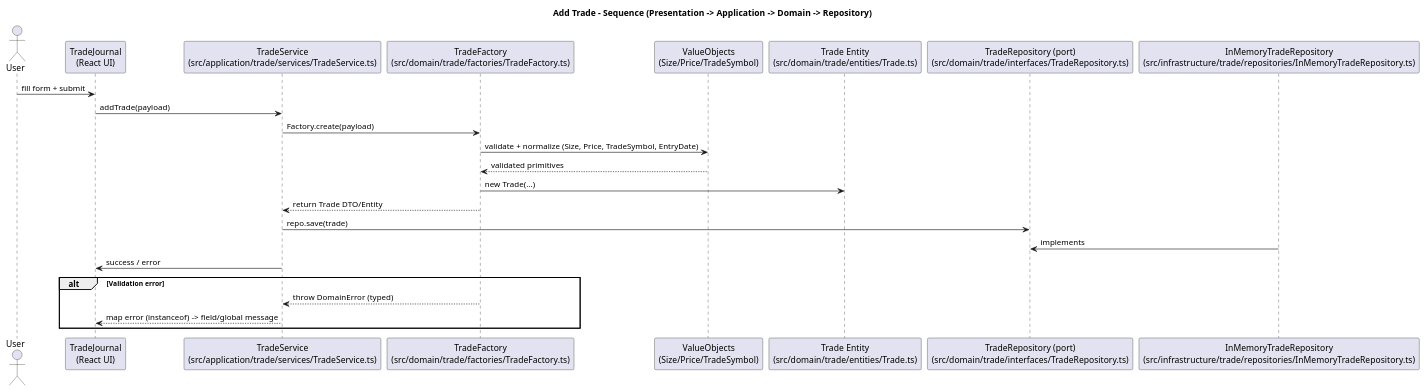
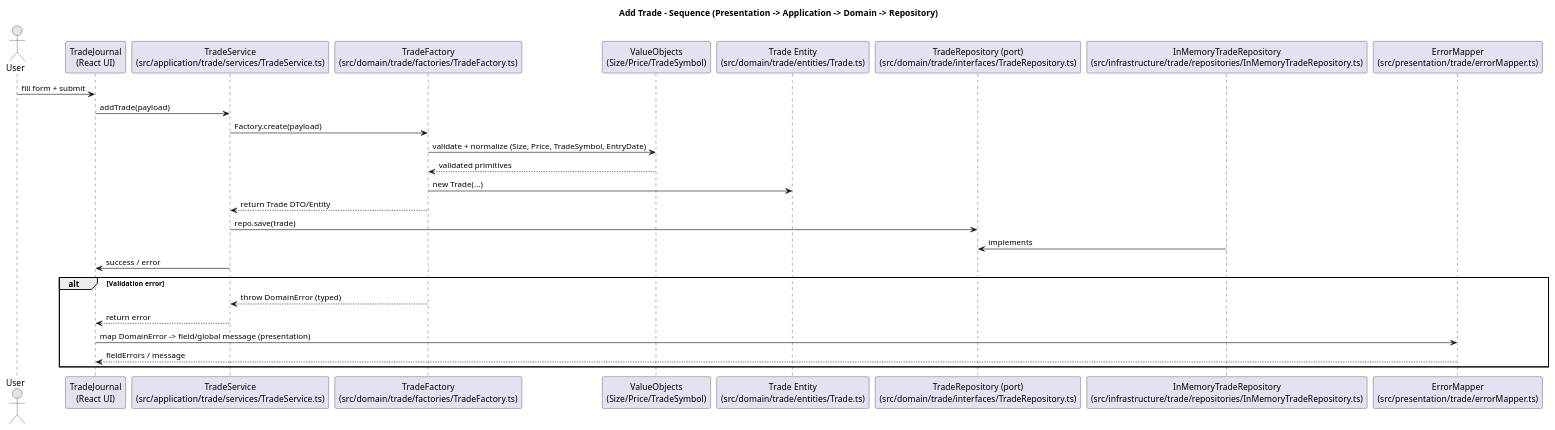
One commit to monkey-trader/traders-mirror changed the diagram in docs/diagrams/sequence_trade_flow.puml. Above: the diagram before and after it, drawn with PlantUML. The commit also changed 9 other files, not shown here.

Commit message:
feat(presentation): extract validation + error-mapper, add i18n and tests; docs: update diagrams

```diff
--- a/docs/diagrams/sequence_trade_flow.puml
+++ b/docs/diagrams/sequence_trade_flow.puml
@@ -1,28 +1,31 @@
 @startuml sequence_trade_flow
 title Add Trade - Sequence (Presentation -> Application -> Domain -> Repository)
 
 actor User
 participant "TradeJournal\n(React UI)" as UI
 participant "TradeService\n(src/application/trade/services/TradeService.ts)" as Service
 participant "TradeFactory\n(src/domain/trade/factories/TradeFactory.ts)" as Factory
 participant "ValueObjects\n(Size/Price/TradeSymbol)" as VOs
 participant "Trade Entity\n(src/domain/trade/entities/Trade.ts)" as Entity
 participant "TradeRepository (port)\n(src/domain/trade/interfaces/TradeRepository.ts)" as RepoPort
 participant "InMemoryTradeRepository\n(src/infrastructure/trade/repositories/InMemoryTradeRepository.ts)" as RepoImpl
+participant "ErrorMapper\n(src/presentation/trade/errorMapper.ts)" as ErrorMapper
 
 User -> UI: fill form + submit
 UI -> Service: addTrade(payload)
 Service -> Factory: Factory.create(payload)
 Factory -> VOs: validate + normalize (Size, Price, TradeSymbol, EntryDate)
 VOs --> Factory: validated primitives
 Factory -> Entity: new Trade(...)
 Factory --> Service: return Trade DTO/Entity
 Service -> RepoPort: repo.save(trade)
 RepoImpl -> RepoPort: implements
 Service -> UI: success / error
 
 alt Validation error
-Factory --> Service: throw DomainError (typed)
-Service --> UI: map error (instanceof) -> field/global message
+  Factory --> Service: throw DomainError (typed)
+  Service --> UI: return error
+  UI -> ErrorMapper: map DomainError -> field/global message (presentation)
+  ErrorMapper --> UI: fieldErrors / message
 end
 @enduml
```
